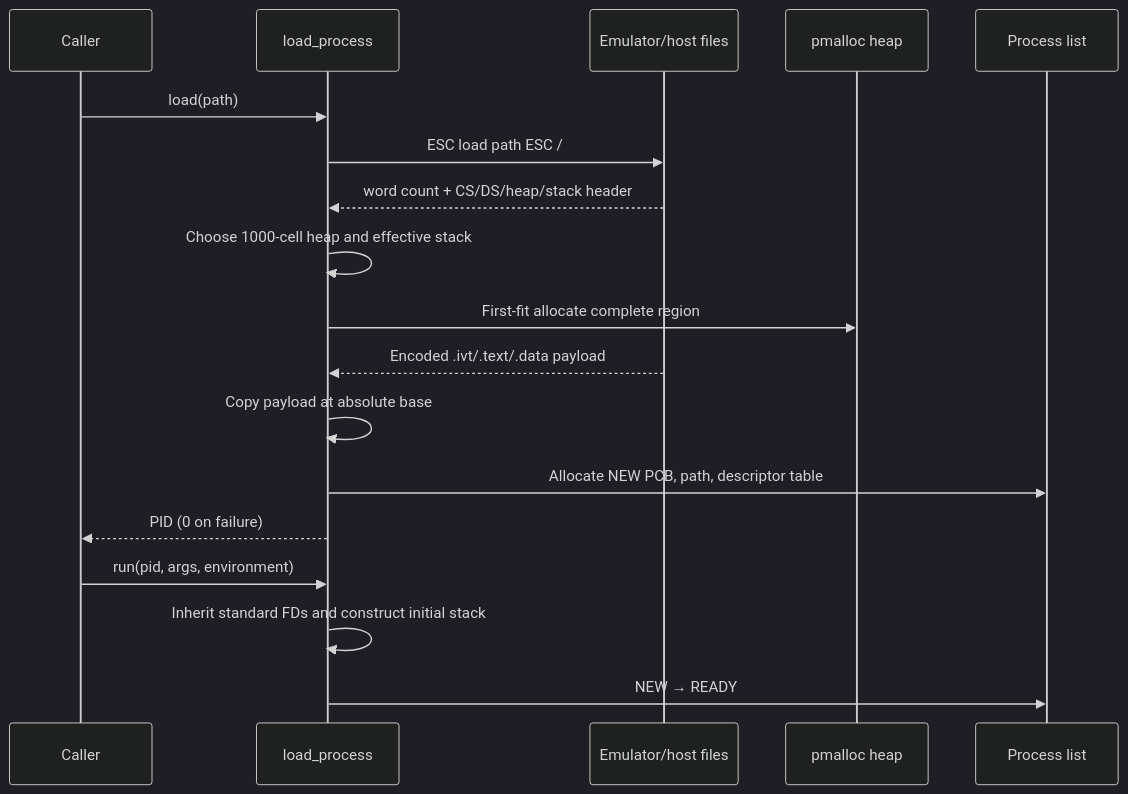
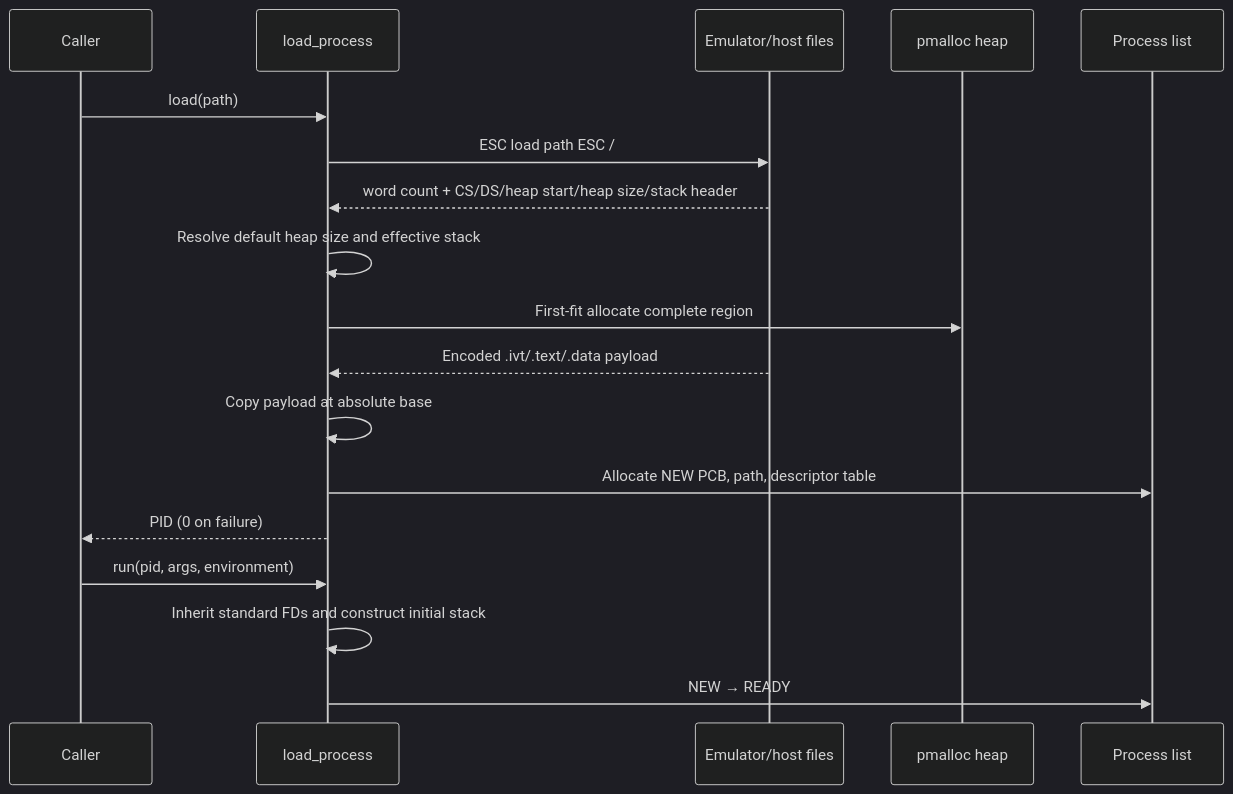
Before and after one commit to matthejue/Pico-OS: the ninth of 15 diagrams in README.md, drawn with Mermaid (dark theme). The commit also changed other lines of this file and 8 other files, not shown here.

````diff
--- a/README.md
+++ b/README.md
@@ -852,21 +858,21 @@
 ```mermaid
 sequenceDiagram
     participant C as Caller
     participant K as load_process
     participant E as Emulator/host files
     participant PM as pmalloc heap
     participant PCB as Process list
 
     C->>K: load(path)
     K->>E: ESC load path ESC /
-    E-->>K: word count + CS/DS/heap/stack header
-    K->>K: Choose 1000-cell heap and effective stack
+    E-->>K: word count + CS/DS/heap start/heap size/stack header
+    K->>K: Resolve default heap size and effective stack
     K->>PM: First-fit allocate complete region
     E-->>K: Encoded .ivt/.text/.data payload
     K->>K: Copy payload at absolute base
     K->>PCB: Allocate NEW PCB, path, descriptor table
     K-->>C: PID (0 on failure)
     C->>K: run(pid, args, environment)
     K->>K: Inherit standard FDs and construct initial stack
     K->>PCB: NEW → READY
 ```
````
